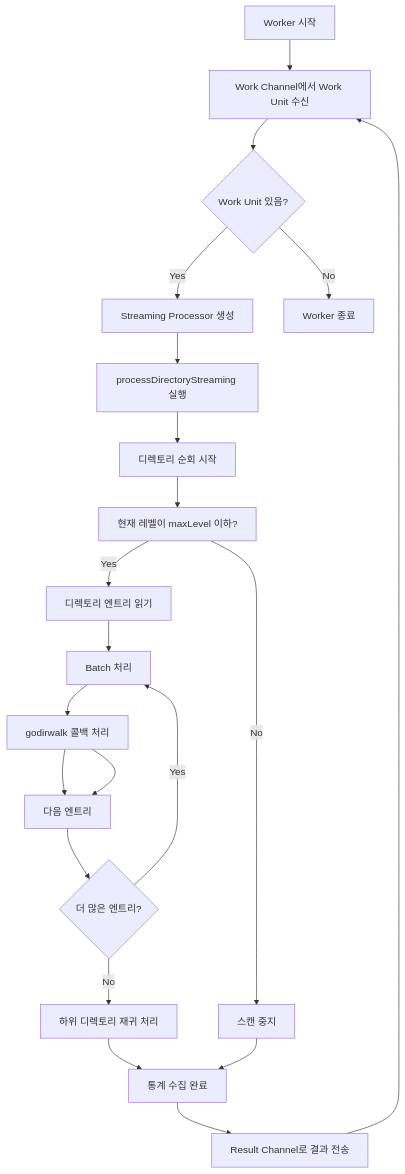
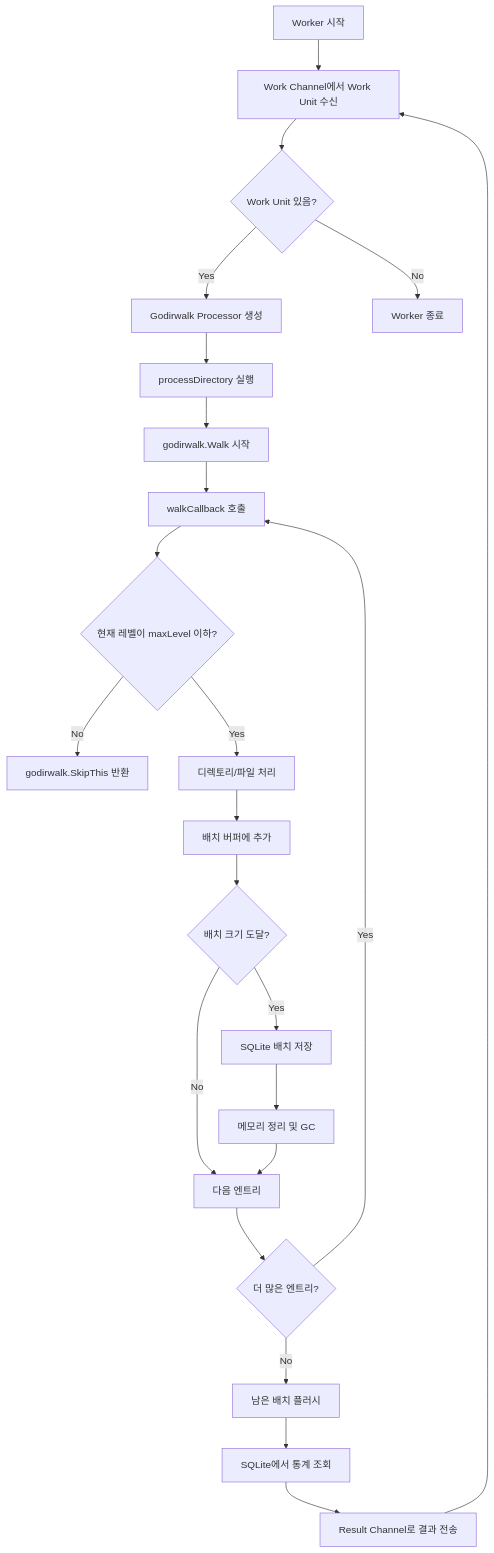
Before and after one commit to kkprj/disk_usage_exporter: the third of 4 diagrams in WORKER_POOL_ARCHITECTURE.md, drawn with Mermaid. The commit also changed other lines of this file and 27 other files, not shown here.

````diff
--- a/WORKER_POOL_ARCHITECTURE.md
+++ b/WORKER_POOL_ARCHITECTURE.md
@@ -71,28 +80,30 @@
 ```mermaid
 flowchart TD
     A[Worker 시작] --> B[Work Channel에서 Work Unit 수신]
     B --> C{Work Unit 있음?}
-    C -->|Yes| D[Streaming Processor 생성]
+    C -->|Yes| D[Godirwalk Processor 생성]
     C -->|No| Z[Worker 종료]
     
-    D --> E[processDirectoryStreaming 실행]
-    E --> F[디렉토리 순회 시작]
+    D --> E[processDirectory 실행]
+    E --> F[godirwalk.Walk 시작]
     
-    F --> G[현재 레벨이 maxLevel 이하?]
-    G -->|No| M[스캔 중지]
-    G -->|Yes| H[디렉토리 엔트리 읽기]
+    F --> G[walkCallback 호출]
+    G --> H{현재 레벨이 maxLevel 이하?}
+    H -->|No| I[godirwalk.SkipThis 반환]
+    H -->|Yes| J[디렉토리/파일 처리]
     
-    H --> I[Batch 처리]
-    I --> K[godirwalk 콜백 처리]
-    K --> L[다음 엔트리]
+    J --> K[배치 버퍼에 추가]
+    K --> L{배치 크기 도달?}
+    L -->|Yes| M[SQLite 배치 저장]
+    L -->|No| N[다음 엔트리]
     
-    K --> L
-    L --> N{더 많은 엔트리?}
-    N -->|Yes| I
-    N -->|No| O[하위 디렉토리 재귀 처리]
+    M --> O[메모리 정리 및 GC]
+    O --> N
+    N --> P{더 많은 엔트리?}
+    P -->|Yes| G
+    P -->|No| Q[남은 배치 플러시]
     
-    O --> P[통계 수집 완료]
-    M --> P
-    P --> Q[Result Channel로 결과 전송]
-    Q --> B
+    Q --> R[SQLite에서 통계 조회]
+    R --> S[Result Channel로 결과 전송]
+    S --> B
 ```
````
